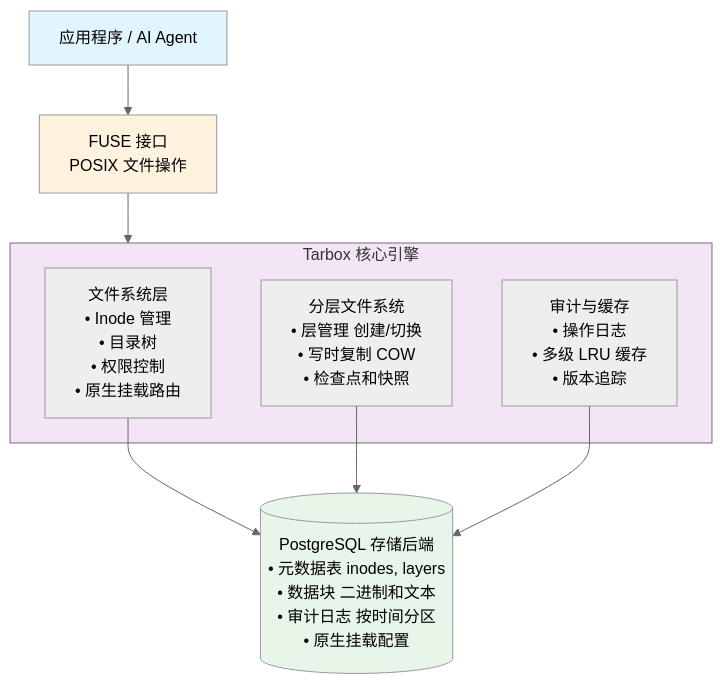
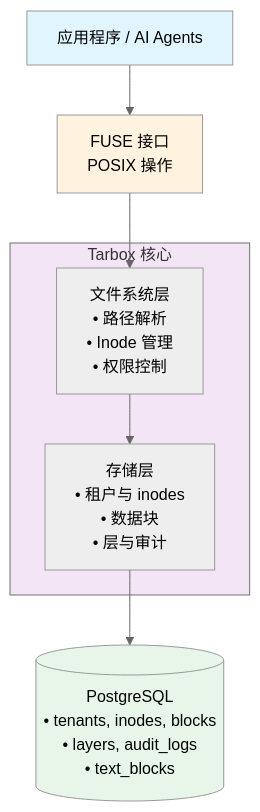
Before and after one commit to VikingMew/tarbox: the diagram in README_zh.md, drawn with Mermaid (neutral theme). The commit also changed other lines of this file and 8 other files, not shown here.

````diff
--- a/README_zh.md
+++ b/README_zh.md
@@ -114,24 +106,22 @@
 ```mermaid
 graph TB
-    Apps[应用程序 / AI Agent]
-    FUSE[FUSE 接口<br/>POSIX 文件操作]
+    Apps[应用程序 / AI Agents]
+    FUSE[FUSE 接口<br/>POSIX 操作]
     
-    subgraph Core[Tarbox 核心引擎]
-        FS[文件系统层<br/>• Inode 管理<br/>• 目录树<br/>• 权限控制<br/>• 原生挂载路由]
-        Layer[分层文件系统<br/>• 层管理 创建/切换<br/>• 写时复制 COW<br/>• 检查点和快照]
-        Audit[审计与缓存<br/>• 操作日志<br/>• 多级 LRU 缓存<br/>• 版本追踪]
+    subgraph Core[Tarbox 核心]
+        FS[文件系统层<br/>• 路径解析<br/>• Inode 管理<br/>• 权限控制]
+        Storage[存储层<br/>• 租户与 inodes<br/>• 数据块<br/>• 层与审计]
     end
     
-    DB[(PostgreSQL 存储后端<br/>• 元数据表 inodes, layers<br/>• 数据块 二进制和文本<br/>• 审计日志 按时间分区<br/>• 原生挂载配置)]
+    DB[(PostgreSQL<br/>• tenants, inodes, blocks<br/>• layers, audit_logs<br/>• text_blocks)]
     
     Apps --> FUSE
-    FUSE --> Core
-    FS --> DB
-    Layer --> DB
-    Audit --> DB
+    FUSE --> FS
+    FS --> Storage
+    Storage --> DB
     
     style Apps fill:#e1f5ff
     style FUSE fill:#fff3e0
     style Core fill:#f3e5f5
     style DB fill:#e8f5e9
 ```
````
